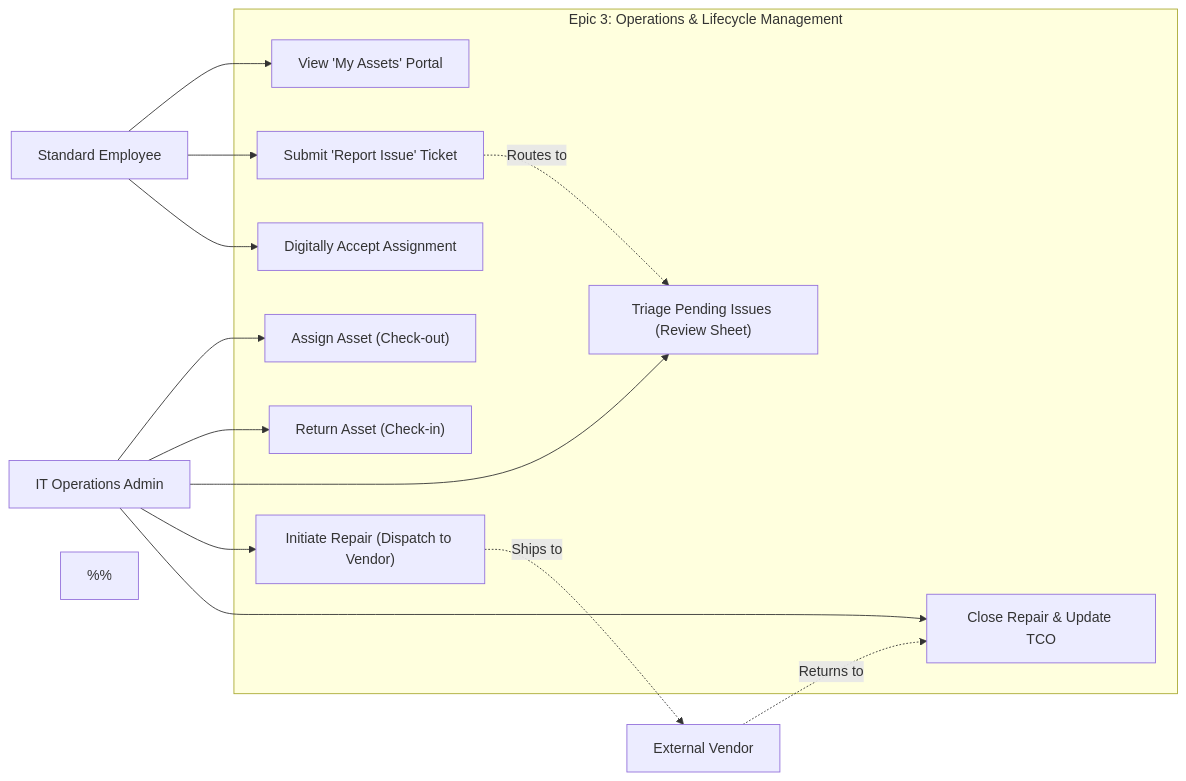
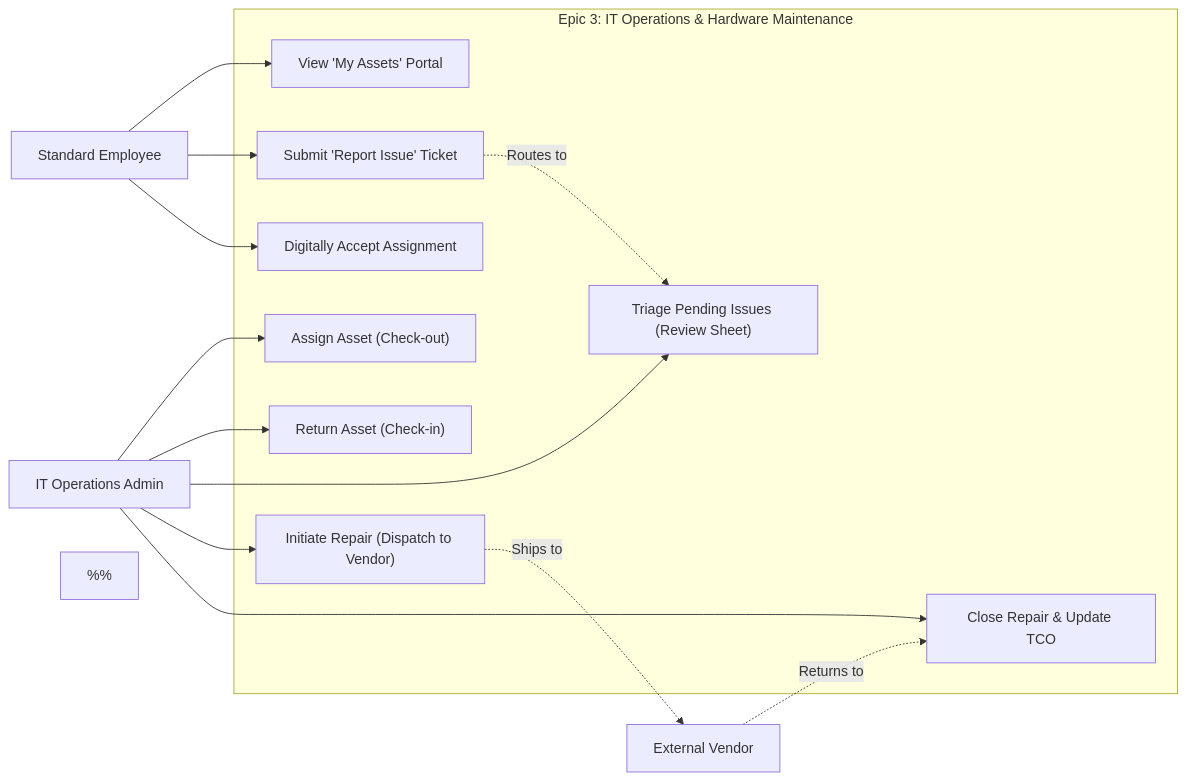
Before and after one commit to adithyadilum/it-asset-management-system: the diagram in docs/1_requirements/user-story-specs/03-operations-and-lifecycle.md, drawn with Mermaid. The commit also changed other lines of this file, not shown here.

Commit message:
docs: Update epic title and refine user story specifications for IT Operations & Hardware Maintenance

````diff
--- a/docs/1_requirements/user-story-specs/03-operations-and-lifecycle.md
+++ b/docs/1_requirements/user-story-specs/03-operations-and-lifecycle.md
@@ -372,40 +379,40 @@
 ```mermaid
 flowchart LR
     %% Actors
     Admin["IT Operations Admin"]
     User["Standard Employee"]
     Vendor["External Vendor"]
 
     %% IT Operations & Maintenance Package
-    subgraph Epic3["Epic 3: Operations & Lifecycle Management"]
+    subgraph Epic3["Epic 3: IT Operations & Hardware Maintenance"]
         UC_MyAssets["View 'My Assets' Portal"]
         UC_Report["Submit 'Report Issue' Ticket"]
         UC_Accept["Digitally Accept Assignment"]
 
         UC_Assign["Assign Asset (Check-out)"]
         UC_Return["Return Asset (Check-in)"]
 
         UC_Triage["Triage Pending Issues (Review Sheet)"]
         UC_Initiate["Initiate Repair (Dispatch to Vendor)"]
         UC_Close["Close Repair & Update TCO"]
     end
 
     %% Actor interactions
     User --> UC_MyAssets
     User --> UC_Report
     User --> UC_Accept
 
     Admin --> UC_Assign
     Admin --> UC_Return
     Admin --> UC_Triage
     Admin --> UC_Initiate
     Admin --> UC_Close
 
     %% Workflow routing
     UC_Report -.->|Routes to| UC_Triage
     UC_Initiate -.->|Ships to| Vendor
     Vendor -.->|Returns to| UC_Close
 
     %% Diagram logic inclusion
     %%
 ```
````
